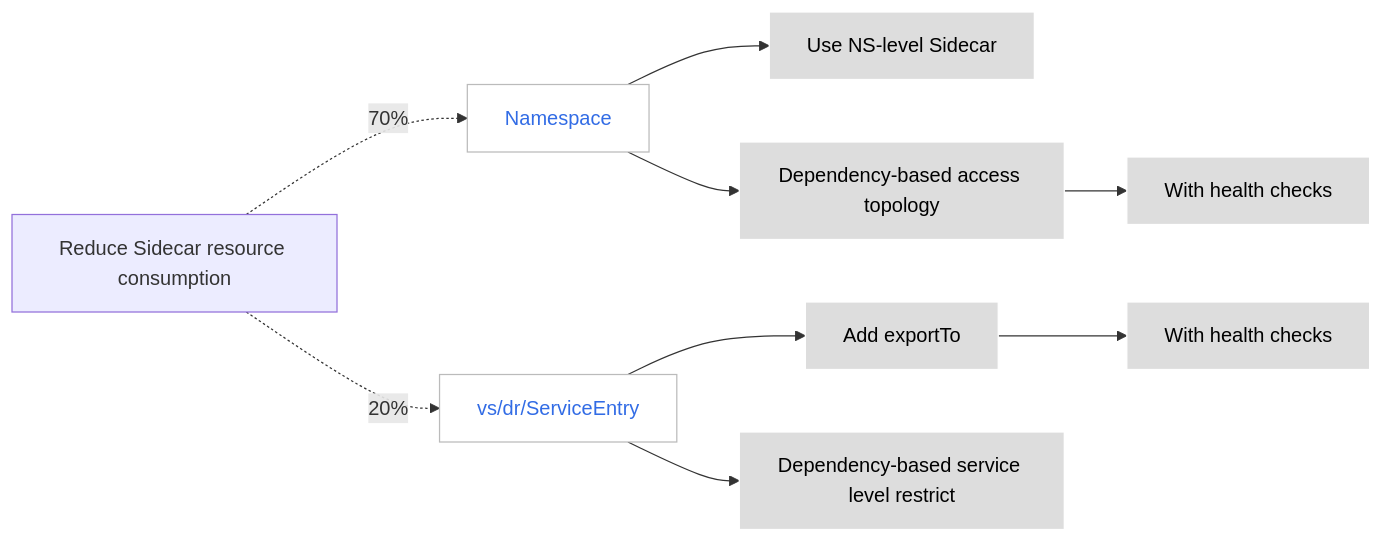
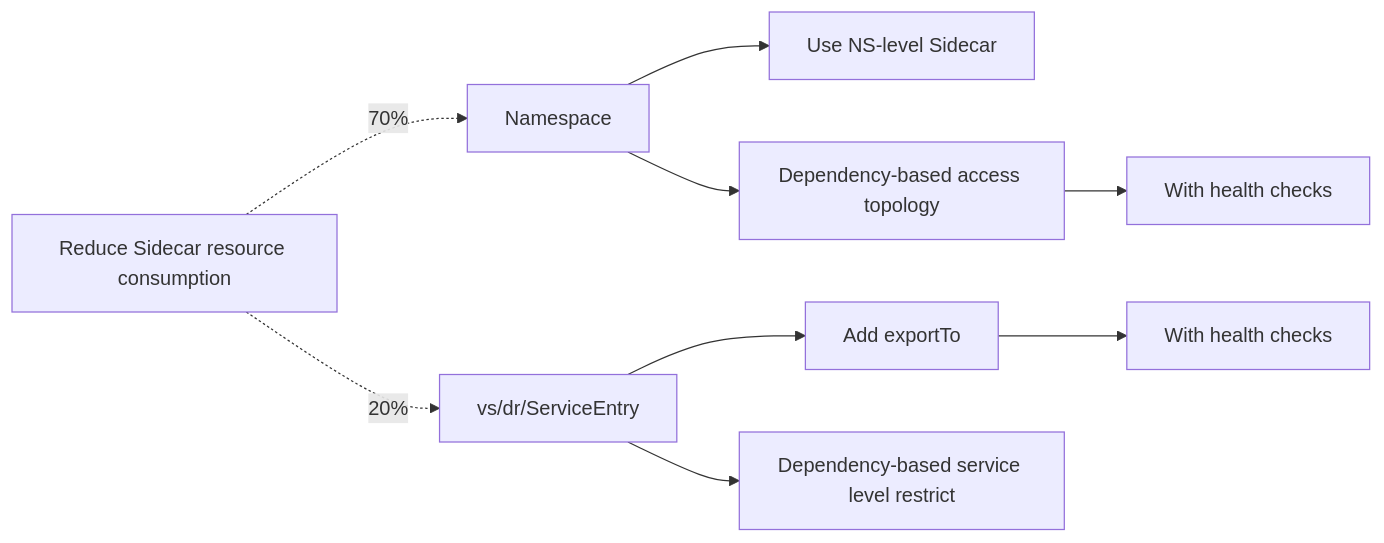
Before and after one commit to DaoCloud/DaoCloud-docs: the diagram in docs/en/docs/mspider/best-practice/optimize-sidecar-resource.md, drawn with Mermaid. The commit also changed 40 other files, not shown here.

Commit message:
remove classdef and class from mermaid blocks globally (#7555)

````diff
--- a/docs/en/docs/mspider/best-practice/optimize-sidecar-resource.md
+++ b/docs/en/docs/mspider/best-practice/optimize-sidecar-resource.md
@@ -7,19 +7,12 @@
 ```mermaid
 graph LR
 
 init[Reduce Sidecar resource consumption] -.70%.-> ns[Namespace]
 init -.20%.-> vs[vs/dr/ServiceEntry]
 
 ns --> nss[Use NS-level Sidecar]
 ns --> topo[Dependency-based access topology] --> health1[With health checks]
 
 vs --> export[Add exportTo] --> health2[With health checks]
 vs --> limit[Dependency-based service level restrict]
-
-classDef plain fill:#ddd,stroke:#fff,stroke-width:1px,color:#000;
-classDef k8s fill:#326ce5,stroke:#fff,stroke-width:1px,color:#fff;
-classDef cluster fill:#fff,stroke:#bbb,stroke-width:1px,color:#326ce5;
-
-class ns,vs cluster;
-class nss,topo,health1,health2,export,limit plain;
 ```
````
